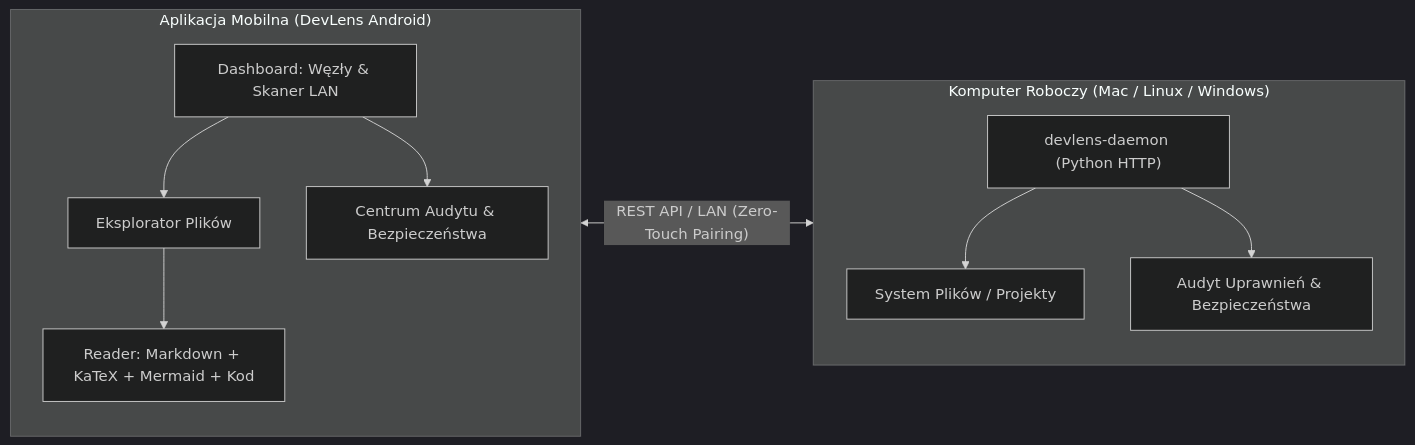
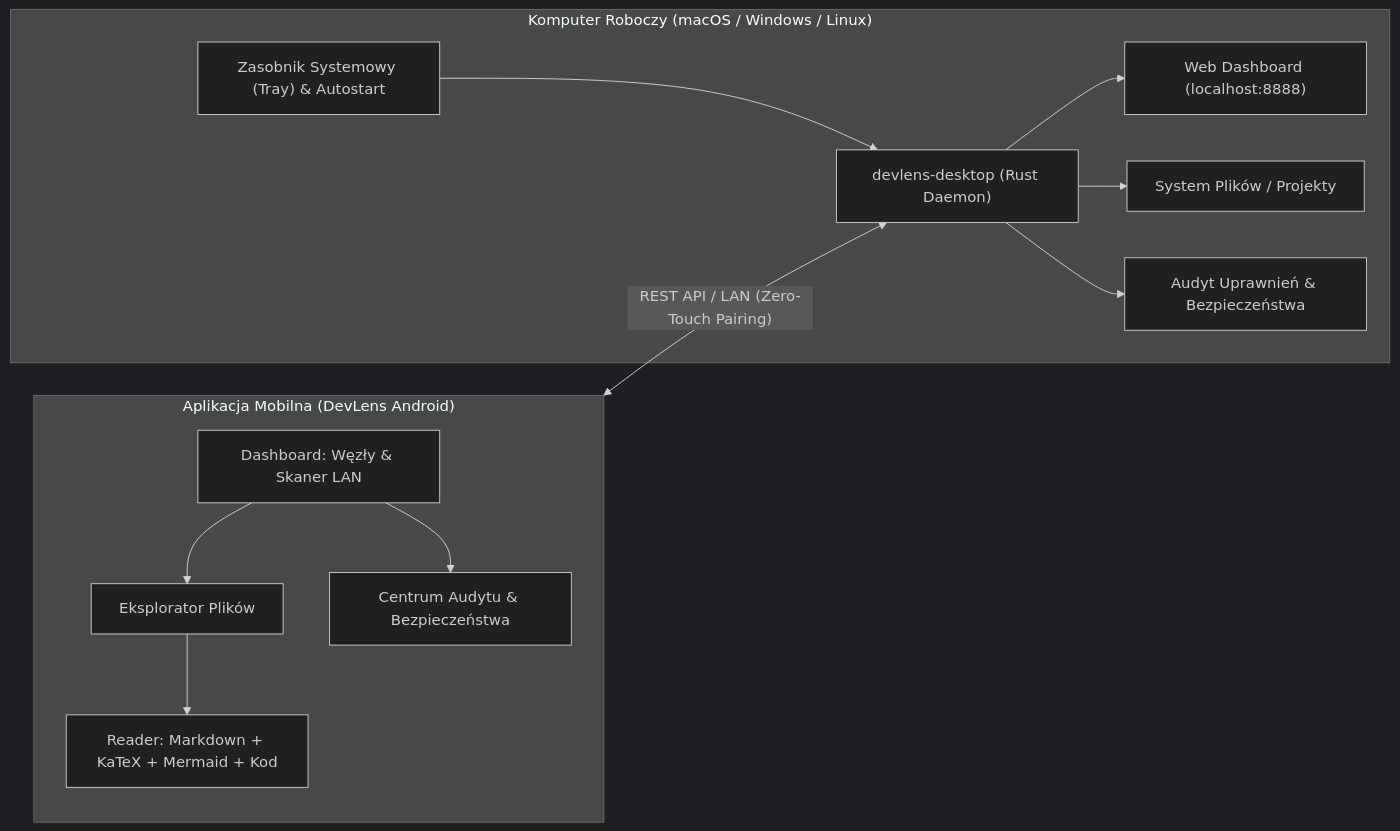
Before and after one commit to kacperczeczot/devlens: the diagram in README.md, drawn with Mermaid (dark theme). The commit also changed other lines of this file and 68 other files, not shown here.

````diff
--- a/README.md
+++ b/README.md
@@ -41,23 +46,28 @@
 ```mermaid
 flowchart LR
-    subgraph Host ["Komputer Roboczy (Mac / Linux / Windows)"]
-        D["devlens-daemon (Python HTTP)"]
+    subgraph Host ["Komputer Roboczy (macOS / Windows / Linux)"]
+        Tray["Zasobnik Systemowy (Tray) & Autostart"]
+        D["devlens-desktop (Rust Daemon)"]
+        Web["Web Dashboard (localhost:8888)"]
         FS["System Plików / Projekty"]
         Sec["Audyt Uprawnień & Bezpieczeństwa"]
+        
+        Tray --> D
+        D --> Web
         D --> FS
         D --> Sec
     end
 
     subgraph Mobile ["Aplikacja Mobilna (DevLens Android)"]
         Dash["Dashboard: Węzły & Skaner LAN"]
         Exp["Eksplorator Plików"]
         Reader["Reader: Markdown + KaTeX + Mermaid + Kod"]
         Auditor["Centrum Audytu & Bezpieczeństwa"]
 
         Dash --> Exp
         Dash --> Auditor
         Exp --> Reader
     end
 
-    Mobile <-->|"REST API / LAN (Zero-Touch Pairing)"| Host
+    Mobile <-->|"REST API / LAN (Zero-Touch Pairing)"| D
 ```
````
